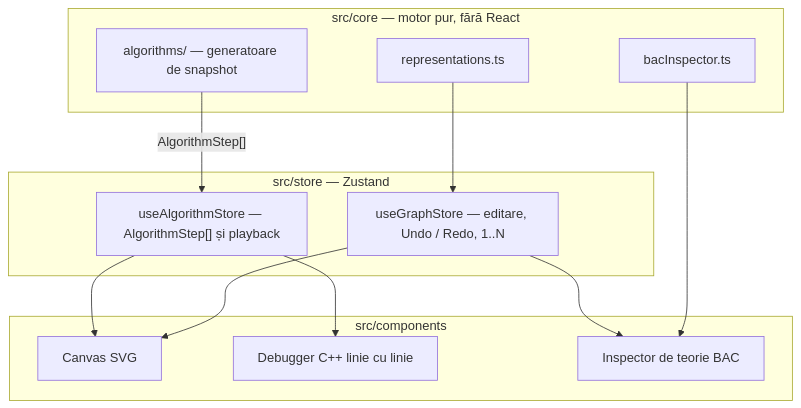
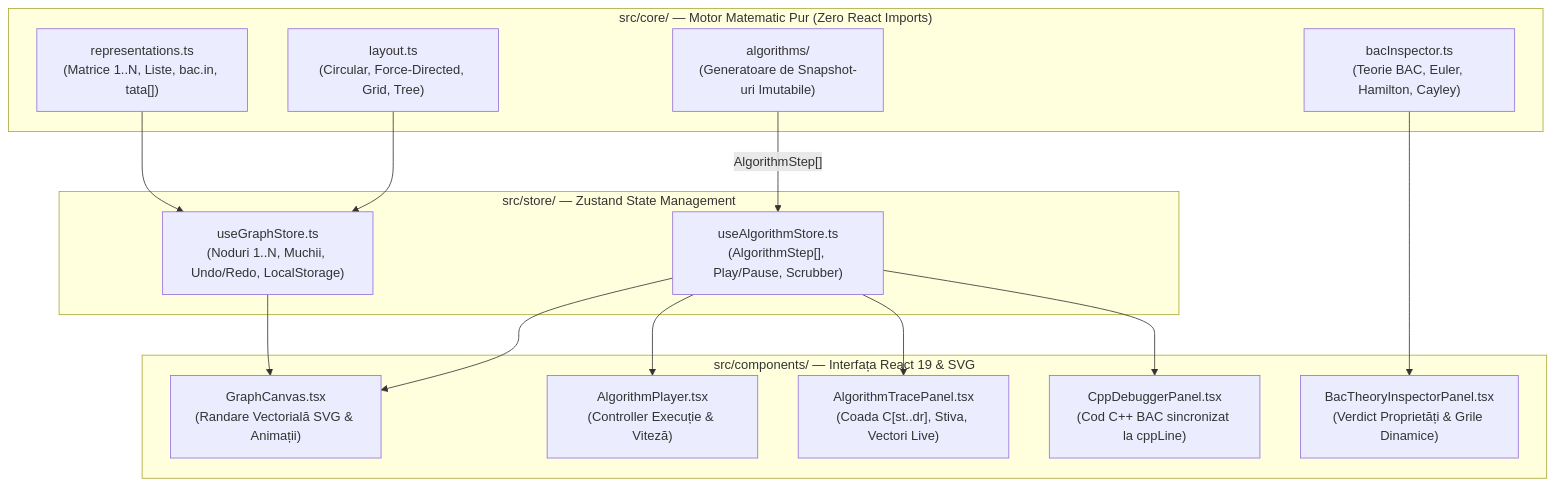
The diagram in README.md (PopoviciGabriel/GraphFlow-BAC), drawn with Mermaid before and after one commit. The commit also changed other lines of this file, not shown here.

Commit message:
docs: format README with clean layout, badges, table, and Mermaid diagram

````diff
--- a/README.md
+++ b/README.md
@@ -47,24 +66,32 @@
 ```mermaid
 flowchart TB
-  subgraph coreLayer ["src/core — motor pur, fără React"]
-    representations["representations.ts"]
-    algorithms["algorithms/ — generatoare de snapshot"]
-    inspector["bacInspector.ts"]
-  end
-  subgraph storeLayer ["src/store — Zustand"]
-    graphStore["useGraphStore — editare, Undo / Redo, 1..N"]
-    algorithmStore["useAlgorithmStore — AlgorithmStep[] și playback"]
-  end
-  subgraph uiLayer ["src/components"]
-    canvas["Canvas SVG"]
-    debugger["Debugger C++ linie cu linie"]
-    theory["Inspector de teorie BAC"]
-  end
-  representations --> graphStore
-  algorithms -->|"AlgorithmStep[]"| algorithmStore
-  graphStore --> canvas
-  algorithmStore --> canvas
-  algorithmStore --> debugger
-  inspector --> theory
-  graphStore --> theory
+    subgraph Core["src/core/ — Motor Matematic Pur (Zero React Imports)"]
+        Rep["representations.ts\n(Matrice 1..N, Liste, bac.in, tata[])"]
+        Alg["algorithms/\n(Generatoare de Snapshot-uri Imutabile)"]
+        Insp["bacInspector.ts\n(Teorie BAC, Euler, Hamilton, Cayley)"]
+        Lay["layout.ts\n(Circular, Force-Directed, Grid, Tree)"]
+    end
+
+    subgraph Store["src/store/ — Zustand State Management"]
+        GStore["useGraphStore.ts\n(Noduri 1..N, Muchii, Undo/Redo, LocalStorage)"]
+        AStore["useAlgorithmStore.ts\n(AlgorithmStep[], Play/Pause, Scrubber)"]
+    end
+
+    subgraph UI["src/components/ — Interfața React 19 & SVG"]
+        Canvas["GraphCanvas.tsx\n(Randare Vectorială SVG & Animații)"]
+        Player["AlgorithmPlayer.tsx\n(Controller Execuție & Viteză)"]
+        Trace["AlgorithmTracePanel.tsx\n(Coada C[st..dr], Stiva, Vectori Live)"]
+        Debug["CppDebuggerPanel.tsx\n(Cod C++ BAC sincronizat la cppLine)"]
+        Theory["BacTheoryInspectorPanel.tsx\n(Verdict Proprietăți & Grile Dinamice)"]
+    end
+
+    Rep --> GStore
+    Lay --> GStore
+    Alg -->|"AlgorithmStep[]"| AStore
+    Insp --> Theory
+    GStore --> Canvas
+    AStore --> Canvas
+    AStore --> Player
+    AStore --> Trace
+    AStore --> Debug
 ```
````
